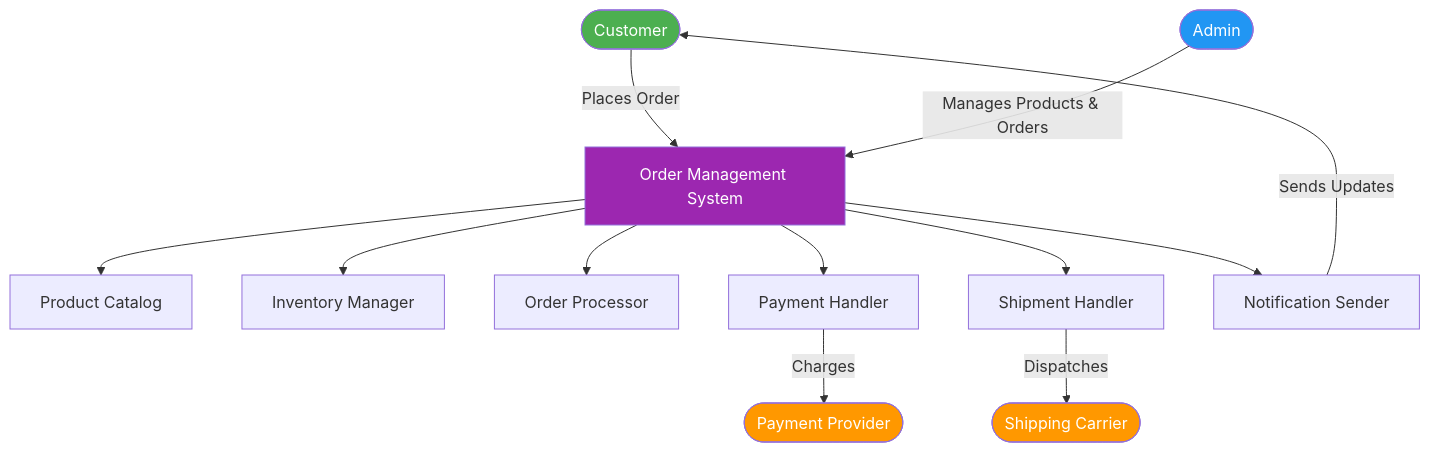
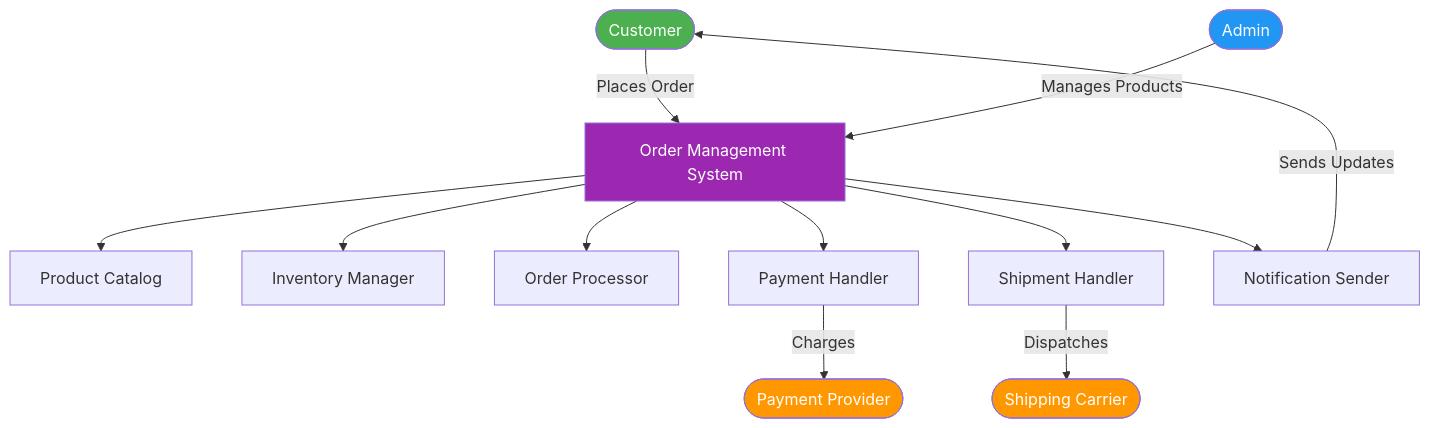
Before and after one commit to GziXnine/Order_Management_System: the first of 6 diagrams in README.md, drawn with Mermaid. The commit also changed other lines of this file and 3 other files, not shown here.

````diff
--- a/README.md
+++ b/README.md
@@ -172,25 +224,25 @@
 ```mermaid
 graph TD
     Customer([Customer])
     Admin([Admin])
-    
+
     Customer -->|Places Order| OMS[Order Management System]
-    Admin -->|Manages Products & Orders| OMS
-    
+    Admin -->|Manages Products| OMS
+
     OMS --> ProductCatalog[Product Catalog]
     OMS --> InventoryMgr[Inventory Manager]
     OMS --> OrderProcessor[Order Processor]
     OMS --> PaymentHandler[Payment Handler]
     OMS --> ShipmentHandler[Shipment Handler]
     OMS --> NotificationSender[Notification Sender]
-    
+
     PaymentHandler -->|Charges| PaymentProvider([Payment Provider])
     ShipmentHandler -->|Dispatches| ShippingCarrier([Shipping Carrier])
     NotificationSender -->|Sends Updates| Customer
 
     style Customer fill:#4CAF50,color:#fff
     style Admin fill:#2196F3,color:#fff
     style PaymentProvider fill:#FF9800,color:#fff
     style ShippingCarrier fill:#FF9800,color:#fff
     style OMS fill:#9C27B0,color:#fff
 ```
````
